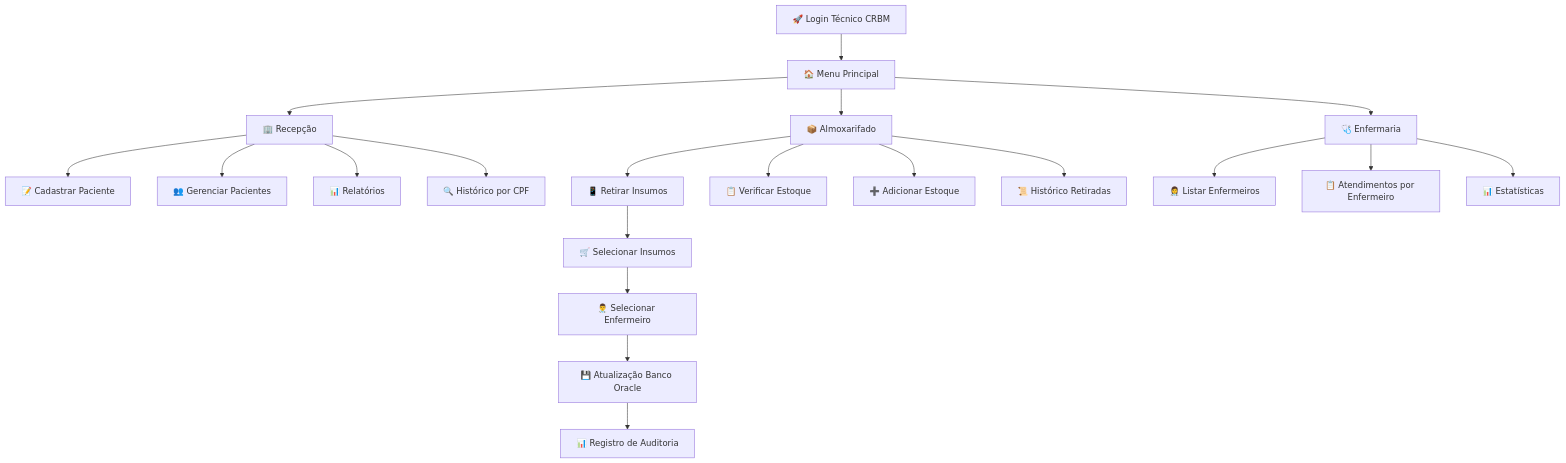
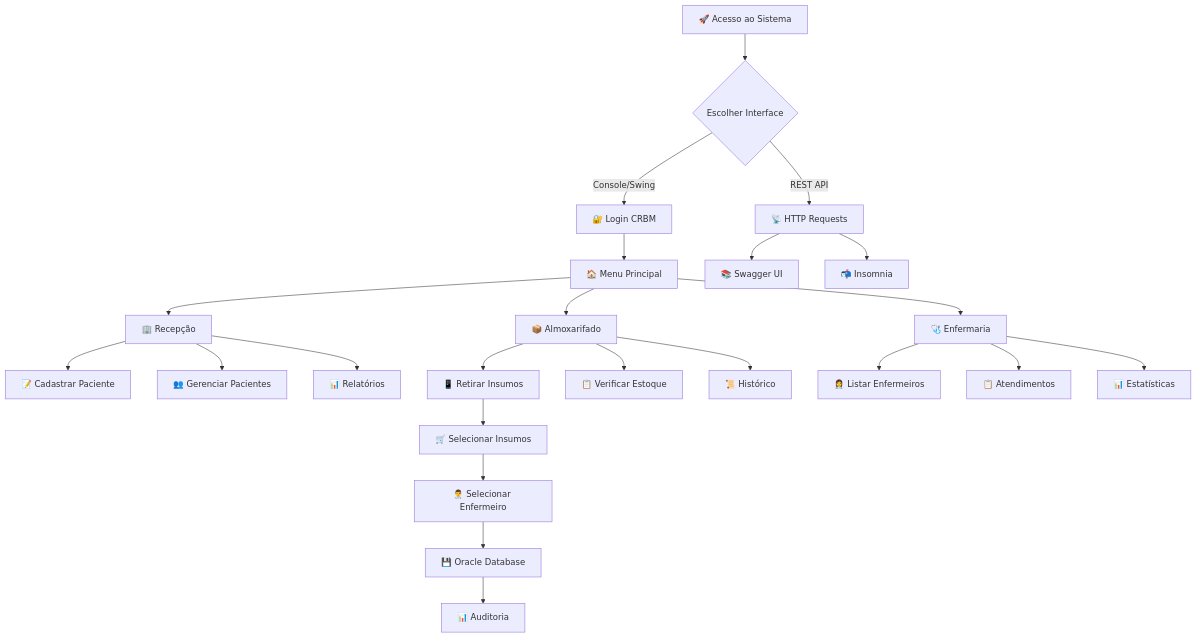
The diagram in README.md (renan-utida/ChallengeDasaJava), drawn with Mermaid before and after one commit. The commit also changed other lines of this file, not shown here.

````diff
--- a/README.md
+++ b/README.md
@@ -311,26 +540,31 @@
 ```mermaid
 graph TD
-    A[🚀 Login Técnico CRBM] --> B[🏠 Menu Principal]
-    B --> C[🏢 Recepção]
-    B --> D[📦 Almoxarifado]  
-    B --> E[🩺 Enfermaria]
+    A[🚀 Acesso ao Sistema] --> B{Escolher Interface}
+    B -->|Console/Swing| C[🔐 Login CRBM]
+    B -->|REST API| D[📡 HTTP Requests]
     
-    C --> C1[📝 Cadastrar Paciente]
-    C --> C2[👥 Gerenciar Pacientes]
-    C --> C3[📊 Relatórios]
-    C --> C4[🔍 Histórico por CPF]
+    C --> E[🏠 Menu Principal]
+    E --> F[🏢 Recepção]
+    E --> G[📦 Almoxarifado]
+    E --> H[🩺 Enfermaria]
     
-    D --> D1[📱 Retirar Insumos]
-    D --> D2[📋 Verificar Estoque]
-    D --> D3[➕ Adicionar Estoque]
-    D --> D4[📜 Histórico Retiradas]
+    D --> I[📚 Swagger UI]
+    D --> J[📬 Insomnia]
     
-    E --> E1[👩‍⚕️ Listar Enfermeiros]
-    E --> E2[📋 Atendimentos por Enfermeiro]
-    E --> E3[📊 Estatísticas]
+    F --> F1[📝 Cadastrar Paciente]
+    F --> F2[👥 Gerenciar Pacientes]
+    F --> F3[📊 Relatórios]
     
-    D1 --> F[🛒 Selecionar Insumos]
-    F --> G[👨‍⚕️ Selecionar Enfermeiro]
-    G --> H[💾 Atualização Banco Oracle]
-    H --> I[📊 Registro de Auditoria]
+    G --> G1[📱 Retirar Insumos]
+    G --> G2[📋 Verificar Estoque]
+    G --> G3[📜 Histórico]
+    
+    H --> H1[👩‍⚕️ Listar Enfermeiros]
+    H --> H2[📋 Atendimentos]
+    H --> H3[📊 Estatísticas]
+    
+    G1 --> K[🛒 Selecionar Insumos]
+    K --> L[👨‍⚕️ Selecionar Enfermeiro]
+    L --> M[💾 Oracle Database]
+    M --> N[📊 Auditoria]
 ```
````
